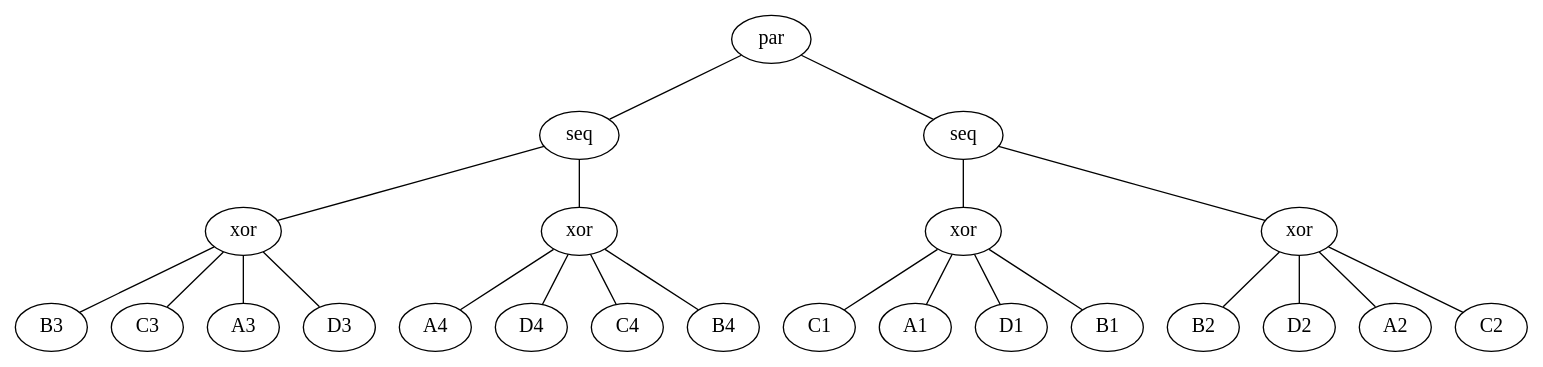
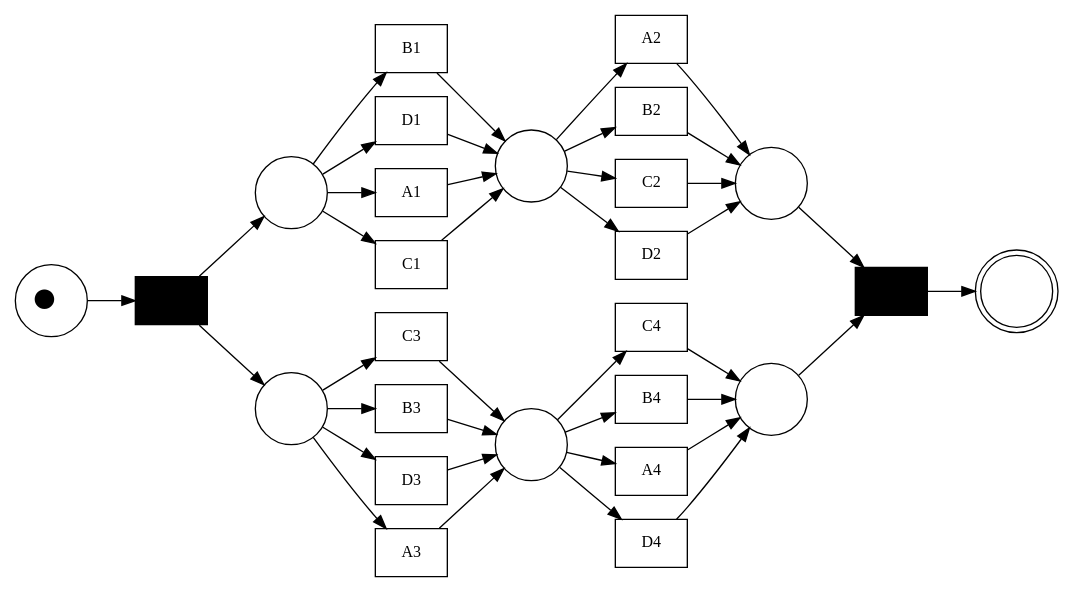
Before and after one commit to tomyaacov/process_mining: the diagram in AD14_models/AD14_model_number_converted.dot, drawn with Graphviz. The commit also changed 5 other files, not shown here.

```diff
--- a/AD14_models/AD14_model_number_converted.dot
+++ b/AD14_models/AD14_model_number_converted.dot
@@ -1,51 +1,69 @@
-graph pt {
-	graph [bgcolor=white]
-	node [fixedsize=false shape=ellipse]
-	5104725712 [label=par color=black fontcolor=black fontsize=15]
-	5104847056 [label=seq color=black fontcolor=black fontsize=15]
-	5104662672 [label=xor color=black fontcolor=black fontsize=15]
-	5104663120 [label=B3 color=black fontcolor=black fontsize=15]
-	5104662672 -- 5104663120 [dirType=none]
-	5104663248 [label=C3 color=black fontcolor=black fontsize=15]
-	5104662672 -- 5104663248 [dirType=none]
-	5104662992 [label=A3 color=black fontcolor=black fontsize=15]
-	5104662672 -- 5104662992 [dirType=none]
-	5104663376 [label=D3 color=black fontcolor=black fontsize=15]
-	5104662672 -- 5104663376 [dirType=none]
-	5104847056 -- 5104662672 [dirType=none]
-	5104662800 [label=xor color=black fontcolor=black fontsize=15]
-	5104663632 [label=A4 color=black fontcolor=black fontsize=15]
-	5104662800 -- 5104663632 [dirType=none]
-	5104664016 [label=D4 color=black fontcolor=black fontsize=15]
-	5104662800 -- 5104664016 [dirType=none]
-	5104663888 [label=C4 color=black fontcolor=black fontsize=15]
-	5104662800 -- 5104663888 [dirType=none]
-	5104663760 [label=B4 color=black fontcolor=black fontsize=15]
-	5104662800 -- 5104663760 [dirType=none]
-	5104847056 -- 5104662800 [dirType=none]
-	5104725712 -- 5104847056 [dirType=none]
-	5104848208 [label=seq color=black fontcolor=black fontsize=15]
-	5104848400 [label=xor color=black fontcolor=black fontsize=15]
-	5104845456 [label=C1 color=black fontcolor=black fontsize=15]
-	5104848400 -- 5104845456 [dirType=none]
-	5104846800 [label=A1 color=black fontcolor=black fontsize=15]
-	5104848400 -- 5104846800 [dirType=none]
-	5104660624 [label=D1 color=black fontcolor=black fontsize=15]
-	5104848400 -- 5104660624 [dirType=none]
-	5104845520 [label=B1 color=black fontcolor=black fontsize=15]
-	5104848400 -- 5104845520 [dirType=none]
-	5104848208 -- 5104848400 [dirType=none]
-	5104847440 [label=xor color=black fontcolor=black fontsize=15]
-	5104661392 [label=B2 color=black fontcolor=black fontsize=15]
-	5104847440 -- 5104661392 [dirType=none]
-	5104662608 [label=D2 color=black fontcolor=black fontsize=15]
-	5104847440 -- 5104662608 [dirType=none]
-	5104661264 [label=A2 color=black fontcolor=black fontsize=15]
-	5104847440 -- 5104661264 [dirType=none]
-	5104662416 [label=C2 color=black fontcolor=black fontsize=15]
-	5104847440 -- 5104662416 [dirType=none]
-	5104848208 -- 5104847440 [dirType=none]
-	5104725712 -- 5104848208 [dirType=none]
+digraph "imported_1671896867.042488" {
+	graph [bgcolor=white rankdir=LR]
+	node [shape=box]
+	5044528464 [label=C3 fontsize=12]
+	5044528656 [label=C4 fontsize=12]
+	5044527696 [label=A2 fontsize=12]
+	5044527888 [label=B2 fontsize=12]
+	5044527312 [label=B1 fontsize=12]
+	5044528080 [label=C2 fontsize=12]
+	5044504720 [label=B4 fontsize=12]
+	5044505104 [label=A4 fontsize=12]
+	5044504912 [label=B3 fontsize=12]
+	5044505488 [label=D3 fontsize=12]
+	5044505296 [label=D4 fontsize=12]
+	5044505680 [label=A3 fontsize=12]
+	5044506000 [label="" fillcolor=black fontsize=12 style=filled]
+	5044506192 [label=D1 fontsize=12]
+	5044506384 [label=A1 fontsize=12]
+	5044506576 [label=C1 fontsize=12]
+	5044528272 [label=D2 fontsize=12]
+	5044505936 [label="" fillcolor=black fontsize=12 style=filled]
+	5044503632 [label=<&#9679;> fixedsize=true fontsize=34 shape=circle width=0.75]
+	5044504528 [label="" fixedsize=true shape=circle width=0.75]
+	5044503504 [label="" fixedsize=true shape=circle width=0.75]
+	5044503824 [label="" fixedsize=true shape=circle width=0.75]
+	5044503760 [label="" fixedsize=true shape=circle width=0.75]
+	5044504144 [label="" fixedsize=true shape=circle width=0.75]
+	5044504336 [label="" fixedsize=true shape=circle width=0.75]
+	5044503440 [label="" fixedsize=true fontsize=32 shape=doublecircle width=0.75]
+	5044506384 -> 5044503760 [arrowhead=normal fontsize=12]
+	5044527696 -> 5044503824 [arrowhead=normal fontsize=12]
+	5044505680 -> 5044504528 [arrowhead=normal fontsize=12]
+	5044505104 -> 5044504336 [arrowhead=normal fontsize=12]
+	5044527312 -> 5044503760 [arrowhead=normal fontsize=12]
+	5044527888 -> 5044503824 [arrowhead=normal fontsize=12]
+	5044504912 -> 5044504528 [arrowhead=normal fontsize=12]
+	5044504720 -> 5044504336 [arrowhead=normal fontsize=12]
+	5044506576 -> 5044503760 [arrowhead=normal fontsize=12]
+	5044528080 -> 5044503824 [arrowhead=normal fontsize=12]
+	5044528464 -> 5044504528 [arrowhead=normal fontsize=12]
+	5044528656 -> 5044504336 [arrowhead=normal fontsize=12]
+	5044506192 -> 5044503760 [arrowhead=normal fontsize=12]
+	5044528272 -> 5044503824 [arrowhead=normal fontsize=12]
+	5044505488 -> 5044504528 [arrowhead=normal fontsize=12]
+	5044505296 -> 5044504336 [arrowhead=normal fontsize=12]
+	5044504528 -> 5044505104 [arrowhead=normal fontsize=12]
+	5044504528 -> 5044504720 [arrowhead=normal fontsize=12]
+	5044504528 -> 5044528656 [arrowhead=normal fontsize=12]
+	5044504528 -> 5044505296 [arrowhead=normal fontsize=12]
+	5044503504 -> 5044506384 [arrowhead=normal fontsize=12]
+	5044503504 -> 5044527312 [arrowhead=normal fontsize=12]
+	5044503504 -> 5044506576 [arrowhead=normal fontsize=12]
+	5044503504 -> 5044506192 [arrowhead=normal fontsize=12]
+	5044503824 -> 5044505936 [arrowhead=normal fontsize=12]
+	5044503760 -> 5044527696 [arrowhead=normal fontsize=12]
+	5044503760 -> 5044527888 [arrowhead=normal fontsize=12]
+	5044503760 -> 5044528080 [arrowhead=normal fontsize=12]
+	5044503760 -> 5044528272 [arrowhead=normal fontsize=12]
+	5044504144 -> 5044505680 [arrowhead=normal fontsize=12]
+	5044504144 -> 5044504912 [arrowhead=normal fontsize=12]
+	5044504144 -> 5044528464 [arrowhead=normal fontsize=12]
+	5044504144 -> 5044505488 [arrowhead=normal fontsize=12]
+	5044504336 -> 5044505936 [arrowhead=normal fontsize=12]
+	5044503632 -> 5044506000 [arrowhead=normal fontsize=12]
+	5044505936 -> 5044503440 [arrowhead=normal fontsize=12]
+	5044506000 -> 5044503504 [arrowhead=normal fontsize=12]
+	5044506000 -> 5044504144 [arrowhead=normal fontsize=12]
 	overlap=false
-	splines=false
 }
```
